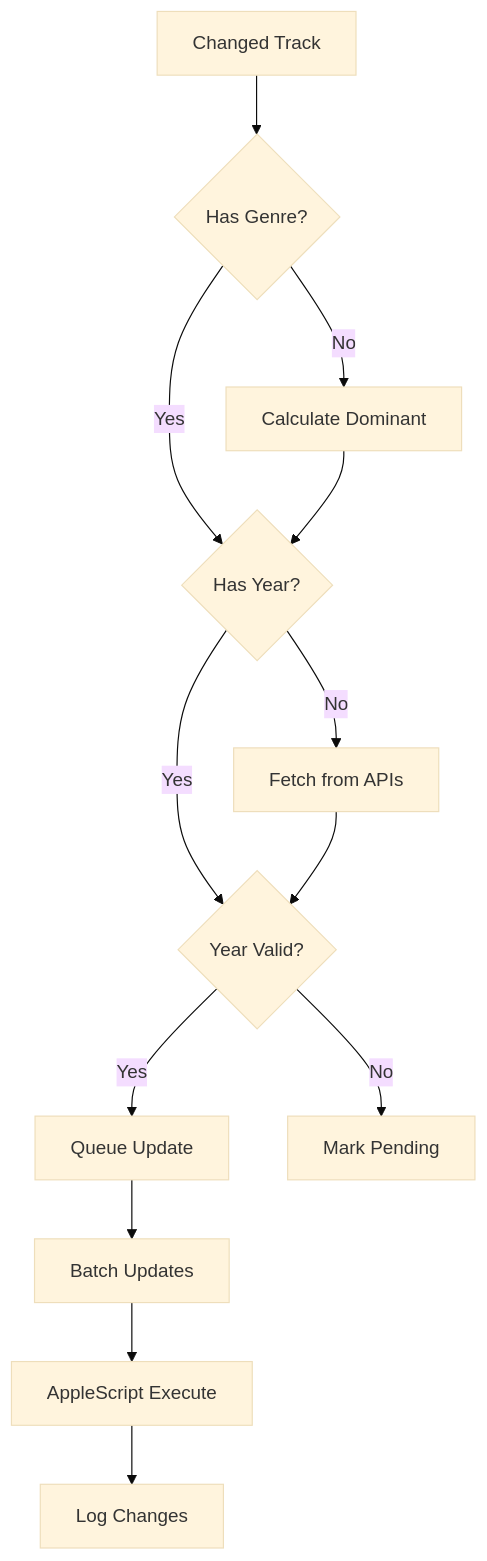
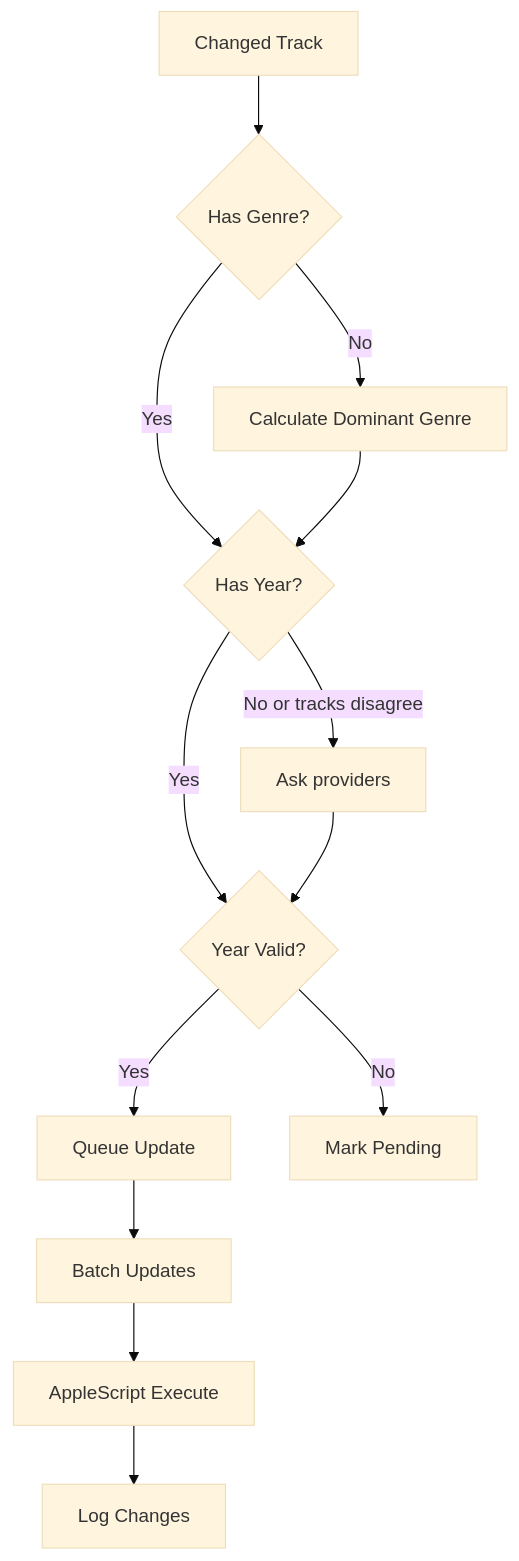
The seventh of 8 diagrams in docs/architecture/data-flow.md (barad1tos/GenreUpdater), drawn with Mermaid (base theme) before and after one commit. The commit also changed 2 other files, not shown here.

Commit message:
docs(years): describe what decides an album's year
The year guide only showed the provider query and never said when it runs, and the pipeline diagram still read as if a missing year were the only reason to ask the providers.

- Add "What decides an album's year" to the year guide: cache, then the providers with the library's majority year and Apple's release date as hints, then the majority only when no provider knows the album; the flow diagram's entry names disagreeing tracks (docs/guide/years.md)
- The update pipeline diagram asks the providers for an album whose tracks disagree, and names the genre node as the dominant genre (docs/architecture/data-flow.md)
- Changelog: the two rules that applied library-internal years, the lost year_set_by_mgu record, and the Battles and Mugzy's Move cases (CHANGELOG.md)

Impact: the published guide and changelog describe the year step as it now behaves

````diff
--- a/docs/architecture/data-flow.md
+++ b/docs/architecture/data-flow.md
@@ -174,20 +174,20 @@
 ```mermaid
 flowchart TD
     A[Changed Track] --> B{Has Genre?}
-    B -->|No| C[Calculate Dominant]
+    B -->|No| C[Calculate Dominant Genre]
     B -->|Yes| D{Has Year?}
 
     C --> D
 
-    D -->|No| E[Fetch from APIs]
+    D -->|No or tracks disagree| E[Ask providers]
     D -->|Yes| F{Year Valid?}
 
     E --> F
 
     F -->|Yes| G[Queue Update]
     F -->|No| H[Mark Pending]
 
     G --> I[Batch Updates]
     I --> J[AppleScript Execute]
     J --> K[Log Changes]
 ```
````
